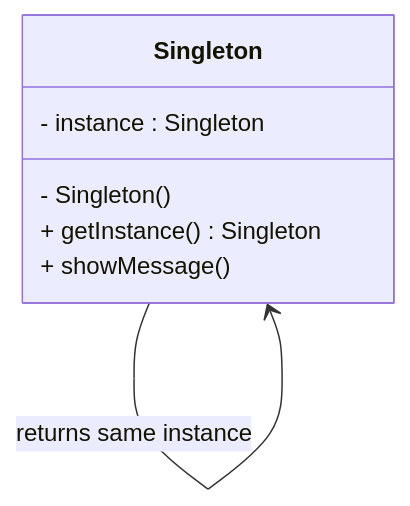
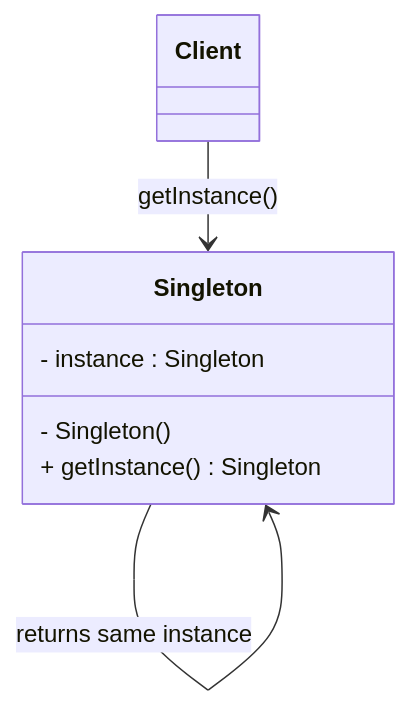
The diagram in singleton/Singleton_README.md (GaganBelgur/design-patterns-practice), drawn with Mermaid before and after one commit. The commit also changed other lines of this file, not shown here.

Commit message:
Updated the singleton pattern readme file.

````diff
--- a/singleton/Singleton_README.md
+++ b/singleton/Singleton_README.md
@@ -71,12 +70,14 @@
 ``` mermaid
 classDiagram
 
-class Singleton {
+class Singleton{
     - instance : Singleton
     - Singleton()
     + getInstance() Singleton
-    + showMessage()
 }
 
+class Client
+
+Client --> Singleton : getInstance()
 Singleton --> Singleton : returns same instance
 ```
````
